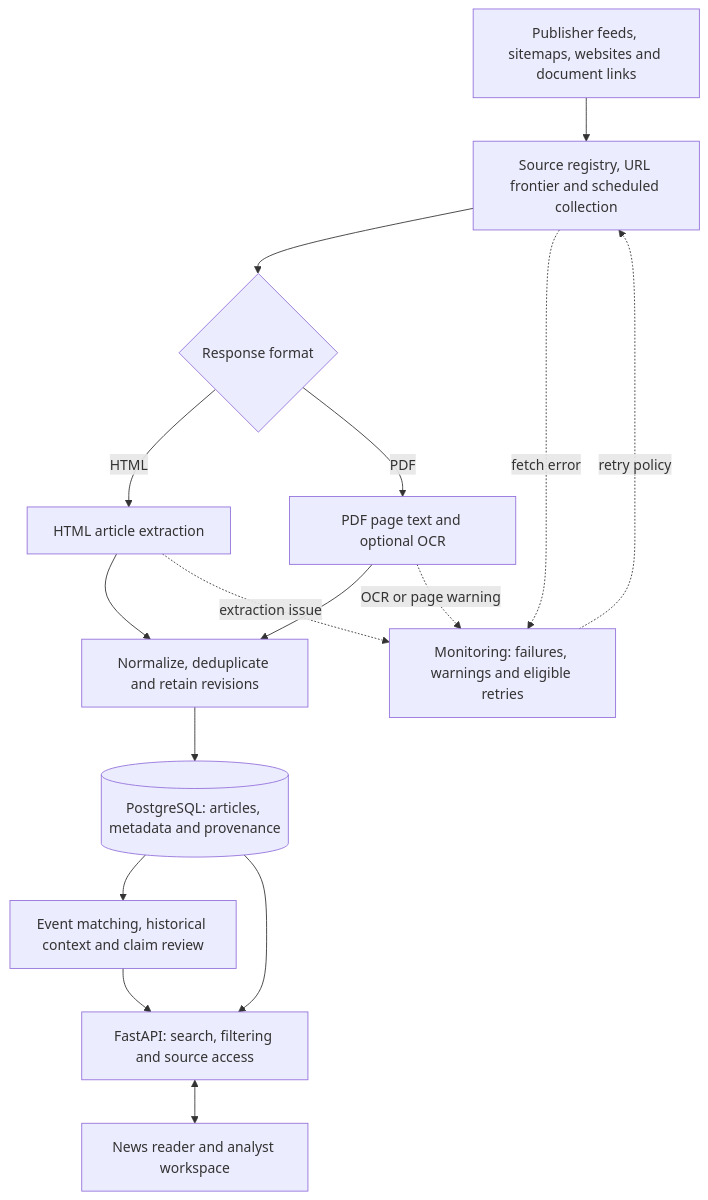
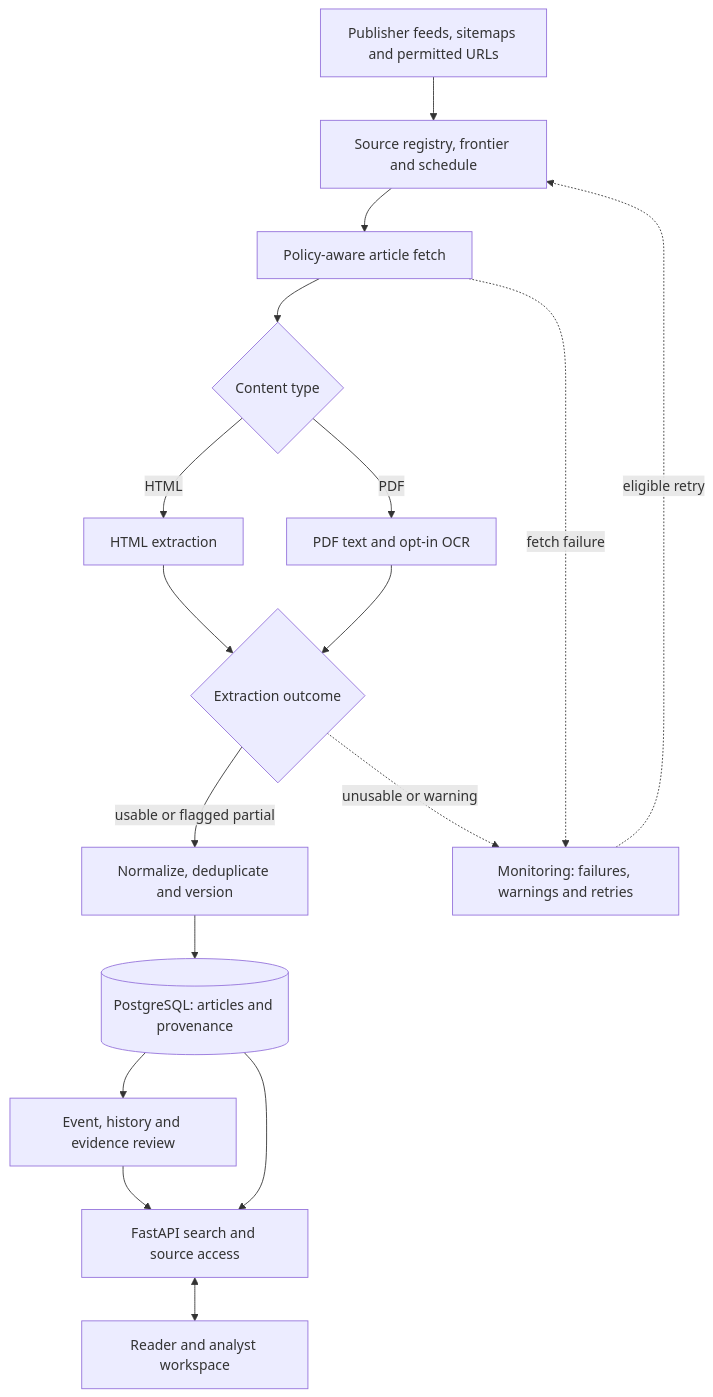
The diagram in README.md (himanshu051116/NewsSources), drawn with Mermaid before and after one commit. The commit also changed other lines of this file and 6 other files, not shown here.

Commit message:
docs: map implemented architecture and tighten README onboarding

````diff
--- a/README.md
+++ b/README.md
@@ -11,26 +11,27 @@
 ```mermaid
 flowchart TB
-    A["Publisher feeds, sitemaps, websites and document links"]
-    B["Source registry, URL frontier and scheduled collection"]
-    C{"Response format"}
-    D["HTML article extraction"]
-    E["PDF page text and optional OCR"]
-    F["Normalize, deduplicate and retain revisions"]
-    G[("PostgreSQL: articles, metadata and provenance")]
-    H["Event matching, historical context and claim review"]
-    I["FastAPI: search, filtering and source access"]
-    J["News reader and analyst workspace"]
-    K["Monitoring: failures, warnings and eligible retries"]
+    S["Publisher feeds, sitemaps and permitted URLs"]
+    REG["Source registry, frontier and schedule"]
+    FETCH["Policy-aware article fetch"]
+    FORMAT{"Content type"}
+    HTML["HTML extraction"]
+    PDF["PDF text and opt-in OCR"]
+    CHECK{"Extraction outcome"}
+    NORM["Normalize, deduplicate and version"]
+    DB[("PostgreSQL: articles and provenance")]
+    REVIEW["Event, history and evidence review"]
+    API["FastAPI search and source access"]
+    UI["Reader and analyst workspace"]
+    MON["Monitoring: failures, warnings and retries"]
 
-    A --> B --> C
-    C -->|HTML| D --> F
-    C -->|PDF| E --> F
-    F --> G
-    G --> H --> I
-    G --> I
-    I <--> J
-    B -.->|fetch error| K
-    D -.->|extraction issue| K
-    E -.->|OCR or page warning| K
-    K -.->|retry policy| B
+    S --> REG --> FETCH --> FORMAT
+    FORMAT -->|HTML| HTML --> CHECK
+    FORMAT -->|PDF| PDF --> CHECK
+    CHECK -->|usable or flagged partial| NORM --> DB
+    DB --> REVIEW --> API
+    DB --> API
+    API <--> UI
+    FETCH -.->|fetch failure| MON
+    CHECK -.->|unusable or warning| MON
+    MON -.->|eligible retry| REG
 ```
````
